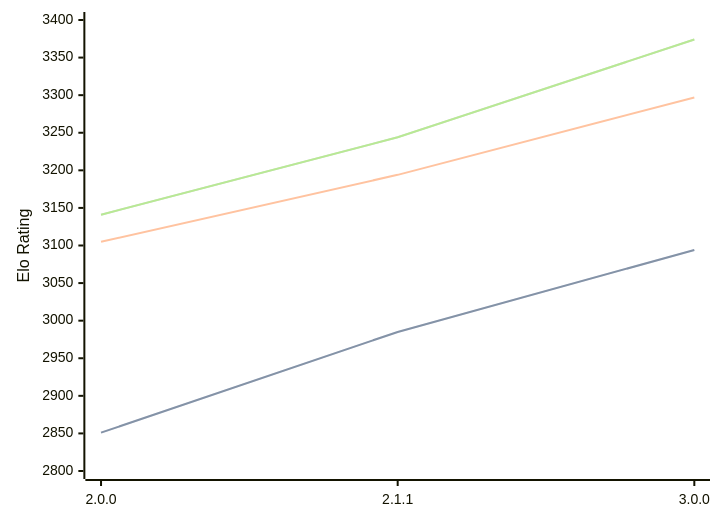
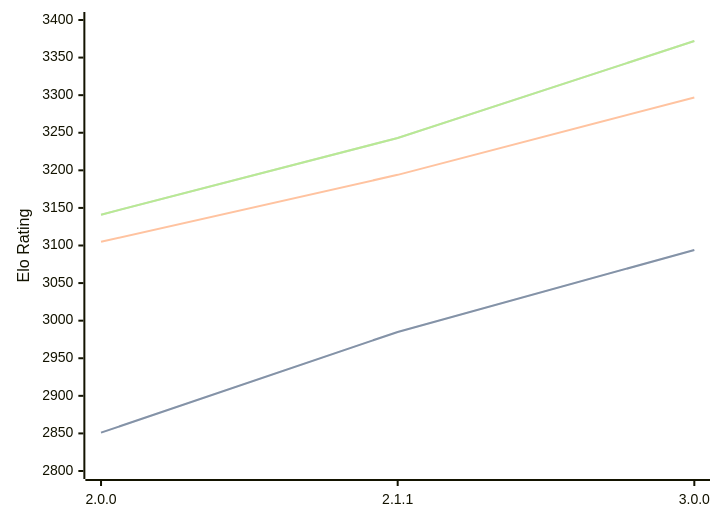
One commit to computer-chess-index/cci changed the third of 3 diagrams in engines/Bread.md. Above: the diagram before and after it, drawn with Mermaid. The commit also changed other lines of this file, not shown here.

Commit message:
Update CCI Ratings (ELO VLTC) - 2026-07-07

````diff
--- a/engines/Bread.md
+++ b/engines/Bread.md
@@ -86,11 +86,11 @@
 ```mermaid
 %%{init: {"theme":"base","themeVariables":{"seriesColors:['#a3a3a3','#222221','#faa371']}}}%%
 xychart-beta
   x-axis ["2.0.0", "2.1.1", "3.0.0"]
   y-axis "Elo Rating" 2800 --> 3400
   line "STC (8.0+0.08s)" [2851, 2985, 3094]
   line "STC (8.0+0.08s)" [2851, 2985, 3094]
   line "LTC (60.0+0.60s)" [3105, 3194, 3297]
-  line "VLTC (2m24s+1.12s)" [3141, 3244, 3374]
-  line "VLTC (2m24s+1.12s)" [3141, 3244, 3374]
+  line "VLTC (2m24s+1.12s)" [3141, 3243, 3372]
+  line "VLTC (2m24s+1.12s)" [3141, 3243, 3372]
 ```
````
